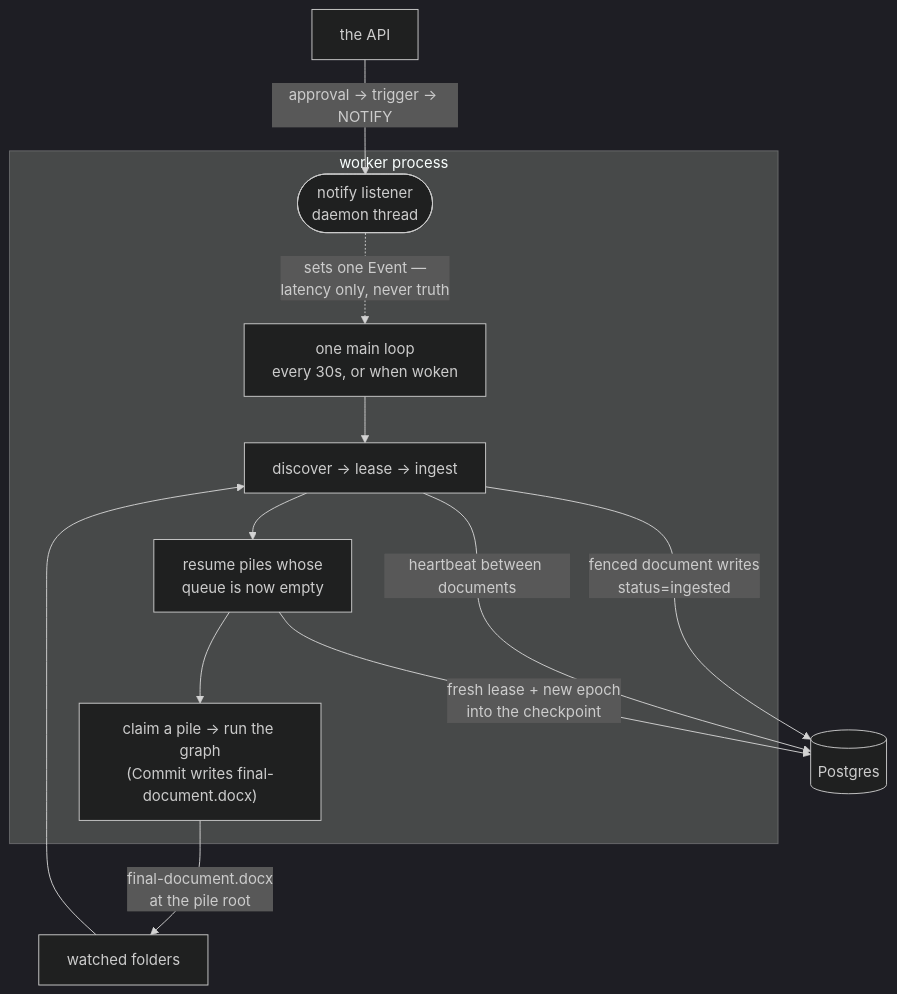
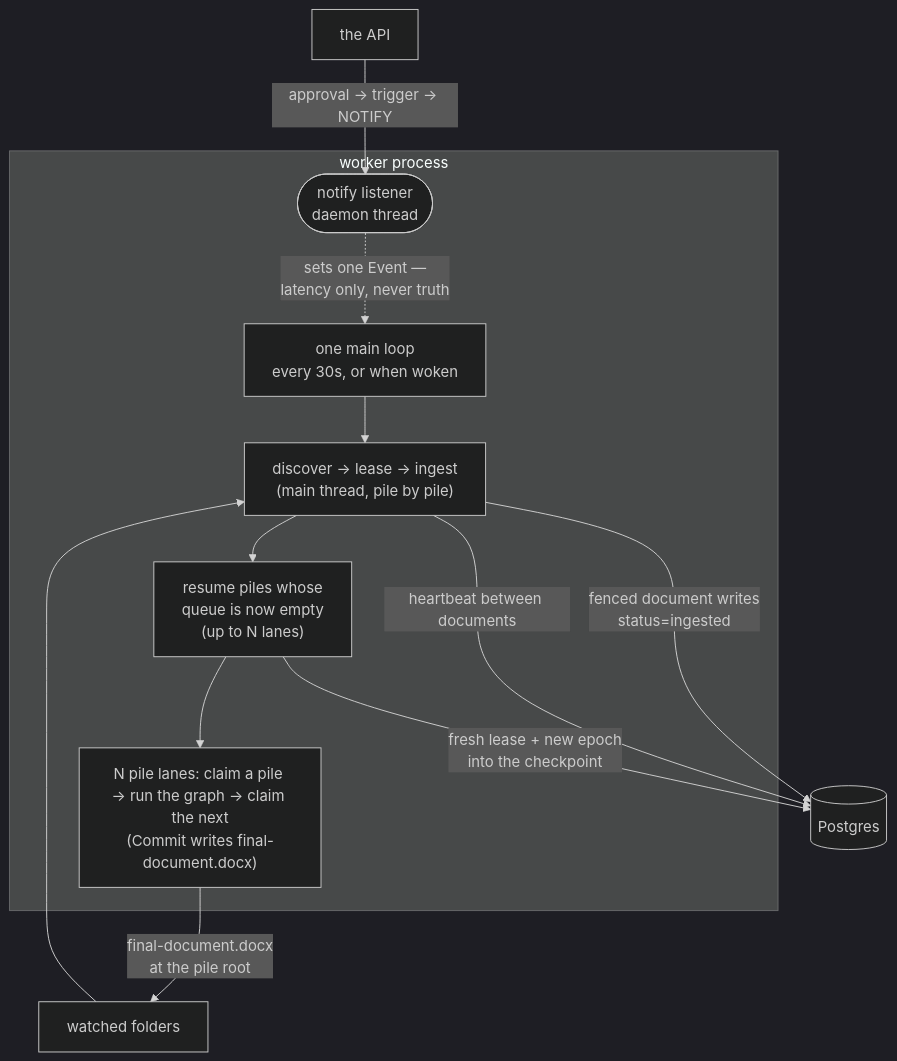
One commit to NigamDevansh/documents-analyst changed the diagram in docs/WORKER_RUNTIME.md. Above: the diagram before and after it, drawn with Mermaid (dark theme). The commit also changed other lines of this file and 38 other files, not shown here.

````diff
--- a/docs/WORKER_RUNTIME.md
+++ b/docs/WORKER_RUNTIME.md
@@ -455,23 +566,23 @@
 ```mermaid
 flowchart TB
   subgraph W["worker process"]
     MAIN["one main loop<br/>every 30s, or when woken"]
-    SCAN["discover → lease → ingest"]
-    RESUME["resume piles whose<br/>queue is now empty"]
-    RUN["claim a pile → run the graph<br/>(Commit writes final-document.docx)"]
+    SCAN["discover → lease → ingest<br/>(main thread, pile by pile)"]
+    RESUME["resume piles whose<br/>queue is now empty<br/>(up to N lanes)"]
+    RUN["N pile lanes: claim a pile → run the graph → claim the next<br/>(Commit writes final-document.docx)"]
     LISTEN(["notify listener<br/>daemon thread"])
   end
 
   FS["watched folders"]
   DB[("Postgres")]
   API["the API"]
 
   MAIN --> SCAN --> RESUME --> RUN
   FS --> SCAN
   RUN -->|"final-document.docx<br/>at the pile root"| FS
   SCAN -->|"fenced document writes<br/>status=ingested"| DB
   SCAN -->|"heartbeat between documents"| DB
   RESUME -->|"fresh lease + new epoch<br/>into the checkpoint"| DB
   API -->|"approval → trigger → NOTIFY"| LISTEN
   LISTEN -.->|"sets one Event —<br/>latency only, never truth"| MAIN
 ```
````
